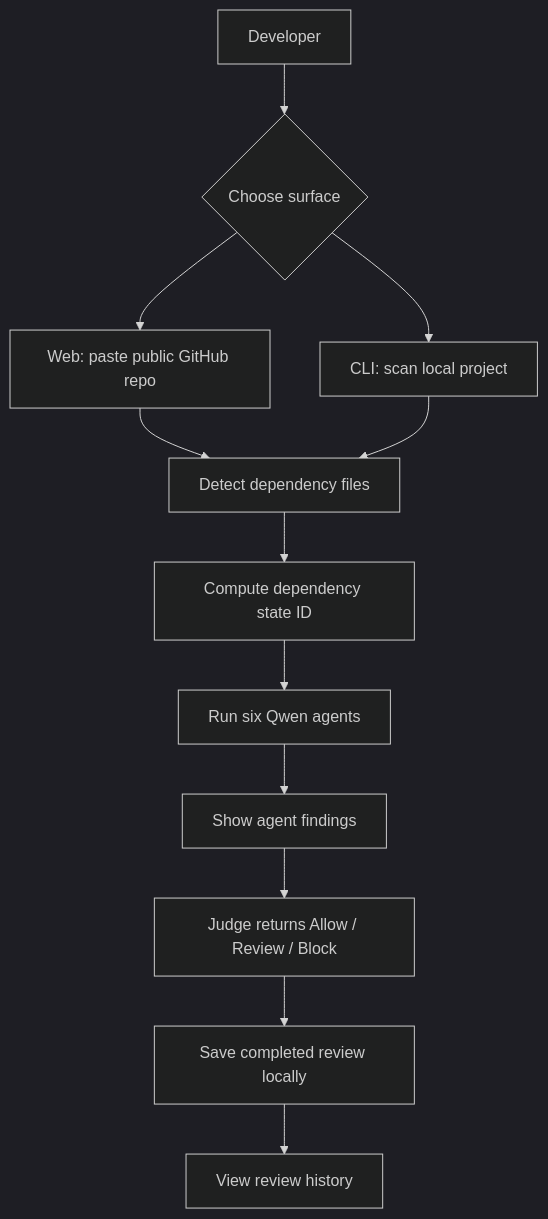
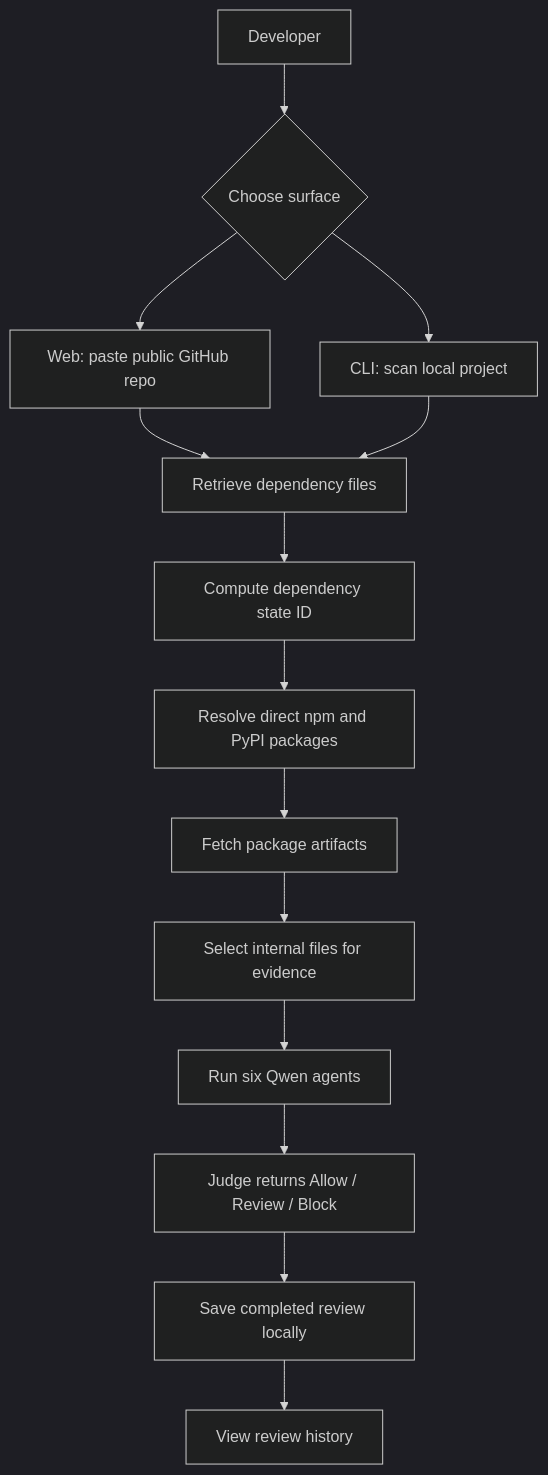
One commit to lapsapthong-16/qwenhack26 changed the first of 2 diagrams in README.md. Above: the diagram before and after it, drawn with Mermaid (dark theme). The commit also changed other lines of this file, not shown here.

````diff
--- a/README.md
+++ b/README.md
@@ -49,14 +54,16 @@
 ```mermaid
 flowchart TD
   A[Developer] --> B{Choose surface}
   B --> C[Web: paste public GitHub repo]
   B --> D[CLI: scan local project]
-  C --> E[Detect dependency files]
+  C --> E[Retrieve dependency files]
   D --> E
   E --> F[Compute dependency state ID]
-  F --> G[Run six Qwen agents]
-  G --> H[Show agent findings]
-  H --> I[Judge returns Allow / Review / Block]
-  I --> J[Save completed review locally]
-  J --> K[View review history]
+  F --> G[Resolve direct npm and PyPI packages]
+  G --> H[Fetch package artifacts]
+  H --> I[Select internal files for evidence]
+  I --> J[Run six Qwen agents]
+  J --> K[Judge returns Allow / Review / Block]
+  K --> L[Save completed review locally]
+  L --> M[View review history]
 ```
````
